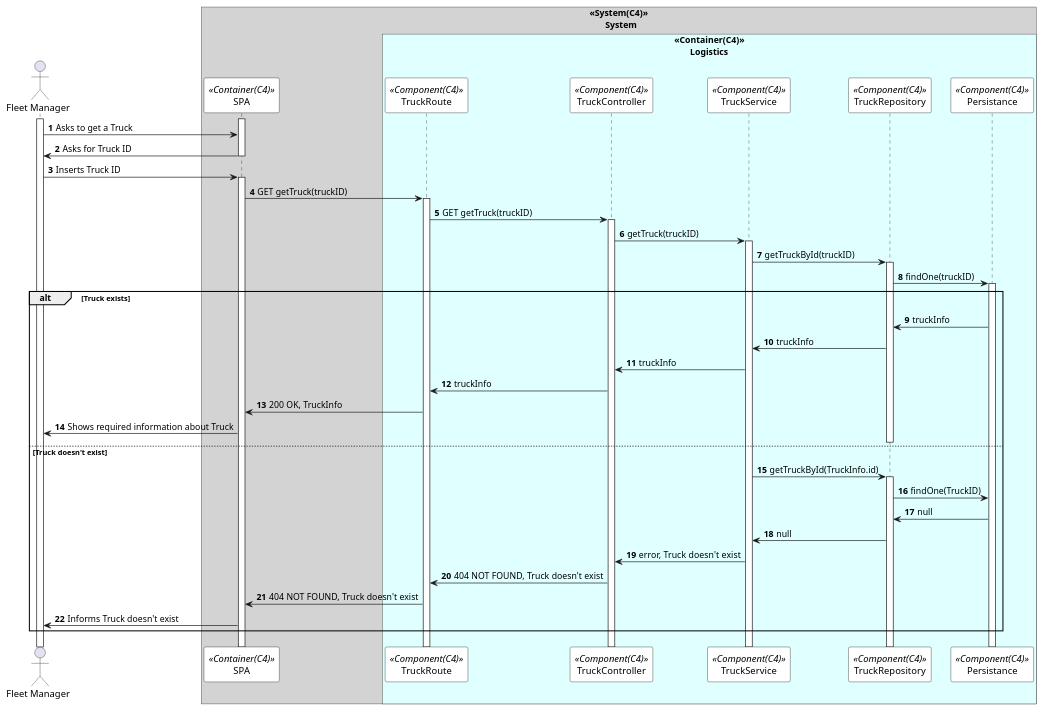
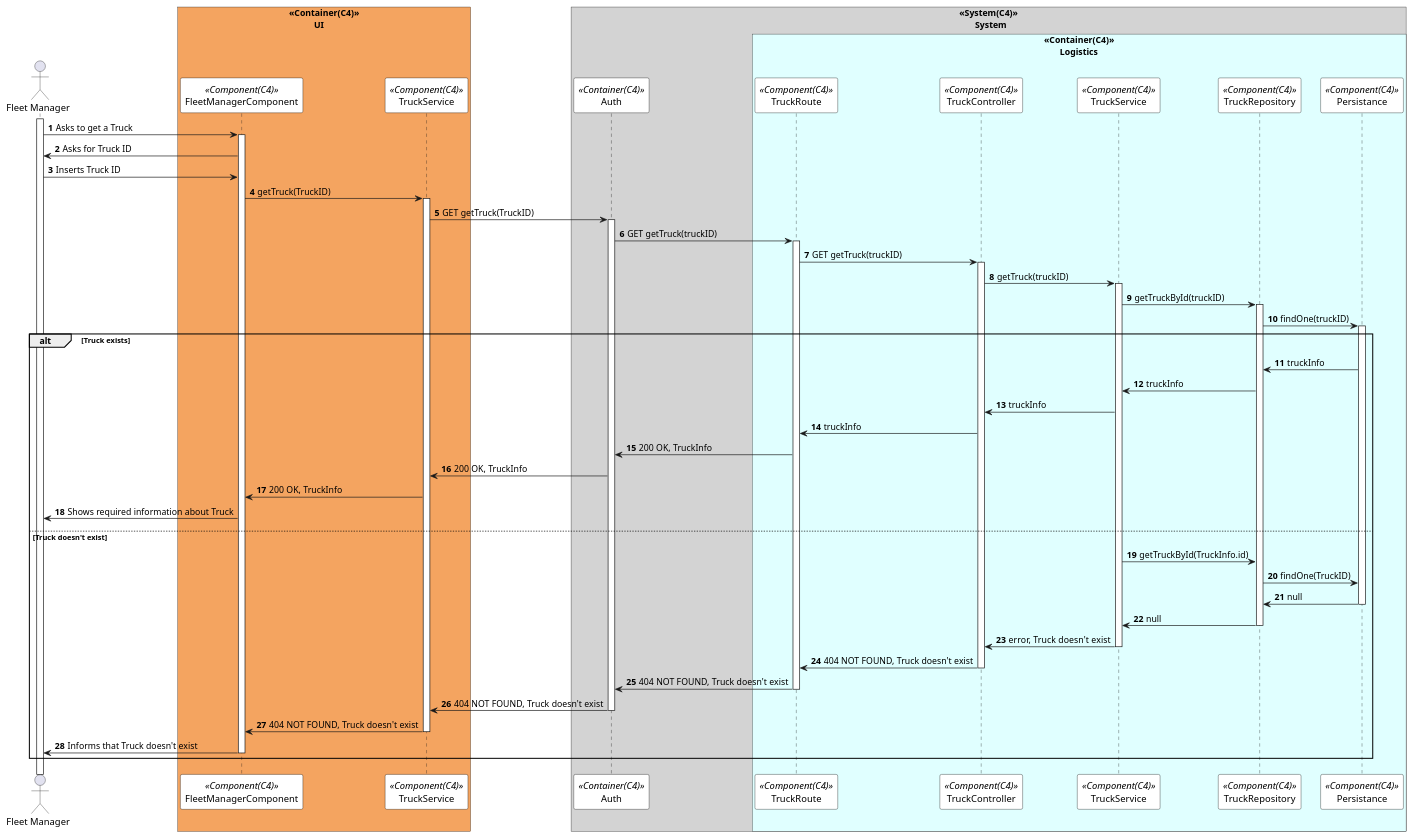
One commit to 0franciscor/dei_3dj_057 changed the diagram in Documents/Deployment Diagrams/Level 3 - Component/Process View/Truck/puml/getTruck.puml. Above: the diagram before and after it, drawn with PlantUML. The commit also changed 4 other files, not shown here.

Commit message:
ALL VP SPA #28 CRUD VP Diagrams updated with SPA

```diff
--- a/Documents/Deployment Diagrams/Level 3 - Component/Process View/Truck/puml/getTruck.puml
+++ b/Documents/Deployment Diagrams/Level 3 - Component/Process View/Truck/puml/getTruck.puml
@@ -1,76 +1,98 @@
 @startuml getTruckSD
 
 autonumber
 !pragma teoz true
 
 skinparam sequence {
 ParticipantBorderColor black
 ParticipantBackgroundColor white
 }
 
 actor "Fleet Manager" as manager
 
+box "<<Container(C4)>>\n           UI" #SandyBrown
+participant "FleetManagerComponent" as FleetManagerComponent <<Component(C4)>>
+participant "TruckService" as TruckService <<Component(C4)>>
+end box
+
 box "<<System(C4)>>\n       System" #LightGray
-participant SPA as  SPA <<Container(C4)>>
+participant Auth as  Auth <<Container(C4)>>
 box "<<Container(C4)>>\n       Logistics" #LightCyan
 participant TruckRoute as Route <<Component(C4)>>
 participant TruckController as Controller <<Component(C4)>>
 participant TruckService as Service <<Component(C4)>>
 participant TruckRepository as Repository <<Component(C4)>>
 participant Persistance as Persistance <<Component(C4)>>
 end box
 
 
 
 activate manager
-activate SPA
-manager -> SPA: Asks to get a Truck
 
-SPA -> manager: Asks for Truck ID
-deactivate SPA
+manager -> FleetManagerComponent: Asks to get a Truck
+activate FleetManagerComponent
+FleetManagerComponent -> manager: Asks for Truck ID
 
-manager ->SPA: Inserts Truck ID
-activate SPA
 
-SPA -> Route: GET getTruck(truckID)
+manager ->FleetManagerComponent: Inserts Truck ID
+
+FleetManagerComponent -> TruckService: getTruck(TruckID)
+activate TruckService
+TruckService -> Auth: GET getTruck(TruckID)
+
+activate Auth
+
+Auth -> Route: GET getTruck(truckID)
 activate Route
 Route -> Controller: GET getTruck(truckID)
 activate Controller
 
 
 
 Controller -> Service: getTruck(truckID)
 activate Service
 
 Service -> Repository: getTruckById(truckID)
 activate Repository
 Repository -> Persistance: findOne(truckID)
 activate Persistance
 
 alt Truck exists
 
 Persistance -> Repository: truckInfo
 Repository->Service: truckInfo
 
 Service -> Controller: truckInfo
 Controller->Route: truckInfo
-Route->SPA: 200 OK, TruckInfo
+Route->Auth: 200 OK, TruckInfo
+Auth->TruckService: 200 OK, TruckInfo
+TruckService->FleetManagerComponent: 200 OK, TruckInfo
 
-SPA->manager: Shows required information about Truck
-deactivate Repository
+FleetManagerComponent->manager: Shows required information about Truck
+
 
 else Truck doesn't exist
 
 Service -> Repository: getTruckById(TruckInfo.id)
-activate Repository
+
 Repository -> Persistance: findOne(TruckID)
 
 Persistance->Repository: null
+deactivate Persistance
 Repository->Service: null
+deactivate Repository
 Service->Controller: error, Truck doesn't exist
+deactivate Service
 Controller->Route: 404 NOT FOUND, Truck doesn't exist
-Route->SPA: 404 NOT FOUND, Truck doesn't exist
-SPA->manager: Informs Truck doesn't exist
+deactivate Controller
+Route->Auth: 404 NOT FOUND, Truck doesn't exist
+deactivate Route
+Auth -> TruckService: 404 NOT FOUND, Truck doesn't exist
+deactivate Auth
+TruckService -> FleetManagerComponent: 404 NOT FOUND, Truck doesn't exist
+deactivate TruckService
+FleetManagerComponent -> manager: Informs that Truck doesn't exist
+deactivate FleetManagerComponent
 
 
 @enduml
```
